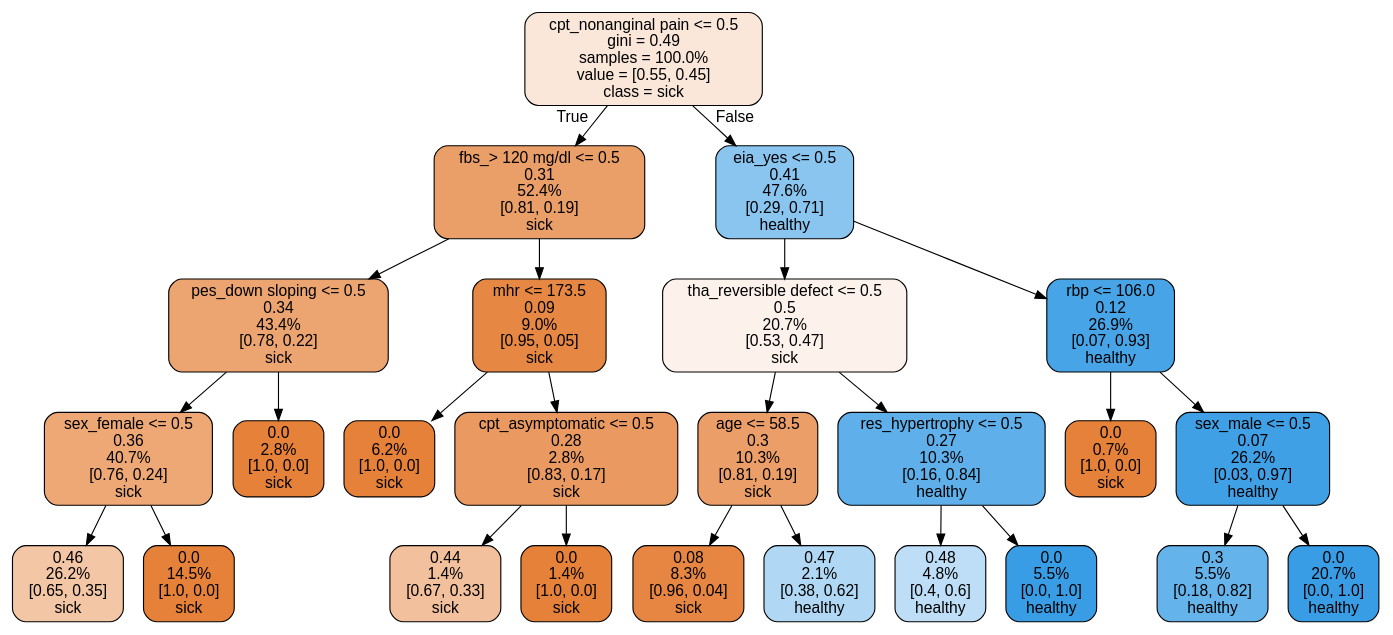
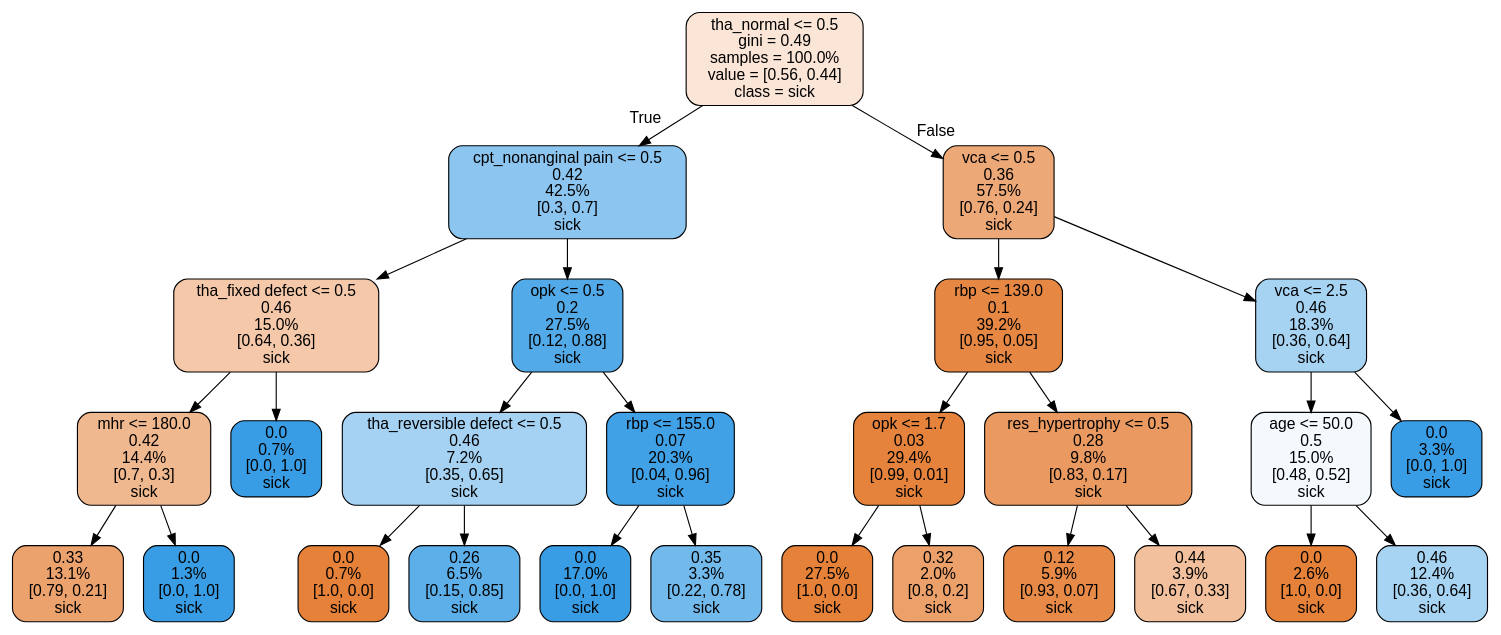
Before and after one commit to ma6068/SU: the diagram in dot/random_forest_tree.dot, drawn with Graphviz. The commit also changed 45 other files, not shown here.

```diff
--- a/dot/random_forest_tree.dot
+++ b/dot/random_forest_tree.dot
@@ -1,53 +1,57 @@
 digraph Tree {
 node [shape=box, style="filled, rounded", color="black", fontname="helvetica"] ;
 edge [fontname="helvetica"] ;
-0 [label="cpt_nonanginal pain <= 0.5\ngini = 0.49\nsamples = 100.0%\nvalue = [0.55, 0.45]\nclass = sick", fillcolor="#fae7d9"] ;
-1 [label="fbs_> 120 mg/dl <= 0.5\n0.31\n52.4%\n[0.81, 0.19]\nsick", fillcolor="#eb9f68"] ;
+0 [label="tha_normal <= 0.5\ngini = 0.49\nsamples = 100.0%\nvalue = [0.56, 0.44]\nclass = sick", fillcolor="#fae5d6"] ;
+1 [label="cpt_nonanginal pain <= 0.5\n0.42\n42.5%\n[0.3, 0.7]\nsick", fillcolor="#8cc6f0"] ;
 0 -> 1 [labeldistance=2.5, labelangle=45, headlabel="True"] ;
-2 [label="pes_down sloping <= 0.5\n0.34\n43.4%\n[0.78, 0.22]\nsick", fillcolor="#eca571"] ;
+2 [label="tha_fixed defect <= 0.5\n0.46\n15.0%\n[0.64, 0.36]\nsick", fillcolor="#f4c8a9"] ;
 1 -> 2 ;
-3 [label="sex_female <= 0.5\n0.36\n40.7%\n[0.76, 0.24]\nsick", fillcolor="#eda876"] ;
+3 [label="mhr <= 180.0\n0.42\n14.4%\n[0.7, 0.3]\nsick", fillcolor="#f0b88f"] ;
 2 -> 3 ;
-4 [label="0.46\n26.2%\n[0.65, 0.35]\nsick", fillcolor="#f3c6a6"] ;
+4 [label="0.33\n13.1%\n[0.79, 0.21]\nsick", fillcolor="#eca26d"] ;
 3 -> 4 ;
-5 [label="0.0\n14.5%\n[1.0, 0.0]\nsick", fillcolor="#e58139"] ;
+5 [label="0.0\n1.3%\n[0.0, 1.0]\nsick", fillcolor="#399de5"] ;
 3 -> 5 ;
-6 [label="0.0\n2.8%\n[1.0, 0.0]\nsick", fillcolor="#e58139"] ;
+6 [label="0.0\n0.7%\n[0.0, 1.0]\nsick", fillcolor="#399de5"] ;
 2 -> 6 ;
-7 [label="mhr <= 173.5\n0.09\n9.0%\n[0.95, 0.05]\nsick", fillcolor="#e68843"] ;
+7 [label="opk <= 0.5\n0.2\n27.5%\n[0.12, 0.88]\nsick", fillcolor="#53aae8"] ;
 1 -> 7 ;
-8 [label="0.0\n6.2%\n[1.0, 0.0]\nsick", fillcolor="#e58139"] ;
+8 [label="tha_reversible defect <= 0.5\n0.46\n7.2%\n[0.35, 0.65]\nsick", fillcolor="#a5d2f3"] ;
 7 -> 8 ;
-9 [label="cpt_asymptomatic <= 0.5\n0.28\n2.8%\n[0.83, 0.17]\nsick", fillcolor="#ea9a61"] ;
-7 -> 9 ;
-10 [label="0.44\n1.4%\n[0.67, 0.33]\nsick", fillcolor="#f2c09c"] ;
-9 -> 10 ;
-11 [label="0.0\n1.4%\n[1.0, 0.0]\nsick", fillcolor="#e58139"] ;
-9 -> 11 ;
-12 [label="eia_yes <= 0.5\n0.41\n47.6%\n[0.29, 0.71]\nhealthy", fillcolor="#8ac5f0"] ;
-0 -> 12 [labeldistance=2.5, labelangle=-45, headlabel="False"] ;
-13 [label="tha_reversible defect <= 0.5\n0.5\n20.7%\n[0.53, 0.47]\nsick", fillcolor="#fcf2eb"] ;
-12 -> 13 ;
-14 [label="age <= 58.5\n0.3\n10.3%\n[0.81, 0.19]\nsick", fillcolor="#eb9e67"] ;
-13 -> 14 ;
-15 [label="0.08\n8.3%\n[0.96, 0.04]\nsick", fillcolor="#e68642"] ;
+9 [label="0.0\n0.7%\n[1.0, 0.0]\nsick", fillcolor="#e58139"] ;
+8 -> 9 ;
+10 [label="0.26\n6.5%\n[0.15, 0.85]\nsick", fillcolor="#5dafea"] ;
+8 -> 10 ;
+11 [label="rbp <= 155.0\n0.07\n20.3%\n[0.04, 0.96]\nsick", fillcolor="#41a1e6"] ;
+7 -> 11 ;
+12 [label="0.0\n17.0%\n[0.0, 1.0]\nsick", fillcolor="#399de5"] ;
+11 -> 12 ;
+13 [label="0.35\n3.3%\n[0.22, 0.78]\nsick", fillcolor="#72b9ec"] ;
+11 -> 13 ;
+14 [label="vca <= 0.5\n0.36\n57.5%\n[0.76, 0.24]\nsick", fillcolor="#eda877"] ;
+0 -> 14 [labeldistance=2.5, labelangle=-45, headlabel="False"] ;
+15 [label="rbp <= 139.0\n0.1\n39.2%\n[0.95, 0.05]\nsick", fillcolor="#e68844"] ;
 14 -> 15 ;
-16 [label="0.47\n2.1%\n[0.38, 0.62]\nhealthy", fillcolor="#b0d8f5"] ;
-14 -> 16 ;
-17 [label="res_hypertrophy <= 0.5\n0.27\n10.3%\n[0.16, 0.84]\nhealthy", fillcolor="#5fb0ea"] ;
-13 -> 17 ;
-18 [label="0.48\n4.8%\n[0.4, 0.6]\nhealthy", fillcolor="#bddef6"] ;
-17 -> 18 ;
-19 [label="0.0\n5.5%\n[0.0, 1.0]\nhealthy", fillcolor="#399de5"] ;
-17 -> 19 ;
-20 [label="rbp <= 106.0\n0.12\n26.9%\n[0.07, 0.93]\nhealthy", fillcolor="#47a4e7"] ;
-12 -> 20 ;
-21 [label="0.0\n0.7%\n[1.0, 0.0]\nsick", fillcolor="#e58139"] ;
-20 -> 21 ;
-22 [label="sex_male <= 0.5\n0.07\n26.2%\n[0.03, 0.97]\nhealthy", fillcolor="#40a0e6"] ;
-20 -> 22 ;
-23 [label="0.3\n5.5%\n[0.18, 0.82]\nhealthy", fillcolor="#65b3eb"] ;
+16 [label="opk <= 1.7\n0.03\n29.4%\n[0.99, 0.01]\nsick", fillcolor="#e5833c"] ;
+15 -> 16 ;
+17 [label="0.0\n27.5%\n[1.0, 0.0]\nsick", fillcolor="#e58139"] ;
+16 -> 17 ;
+18 [label="0.32\n2.0%\n[0.8, 0.2]\nsick", fillcolor="#eca06a"] ;
+16 -> 18 ;
+19 [label="res_hypertrophy <= 0.5\n0.28\n9.8%\n[0.83, 0.17]\nsick", fillcolor="#ea9a61"] ;
+15 -> 19 ;
+20 [label="0.12\n5.9%\n[0.93, 0.07]\nsick", fillcolor="#e78a47"] ;
+19 -> 20 ;
+21 [label="0.44\n3.9%\n[0.67, 0.33]\nsick", fillcolor="#f2c09c"] ;
+19 -> 21 ;
+22 [label="vca <= 2.5\n0.46\n18.3%\n[0.36, 0.64]\nsick", fillcolor="#a7d3f3"] ;
+14 -> 22 ;
+23 [label="age <= 50.0\n0.5\n15.0%\n[0.48, 0.52]\nsick", fillcolor="#f3f9fd"] ;
 22 -> 23 ;
-24 [label="0.0\n20.7%\n[0.0, 1.0]\nhealthy", fillcolor="#399de5"] ;
-22 -> 24 ;
+24 [label="0.0\n2.6%\n[1.0, 0.0]\nsick", fillcolor="#e58139"] ;
+23 -> 24 ;
+25 [label="0.46\n12.4%\n[0.36, 0.64]\nsick", fillcolor="#a8d4f4"] ;
+23 -> 25 ;
+26 [label="0.0\n3.3%\n[0.0, 1.0]\nsick", fillcolor="#399de5"] ;
+22 -> 26 ;
 }
```
